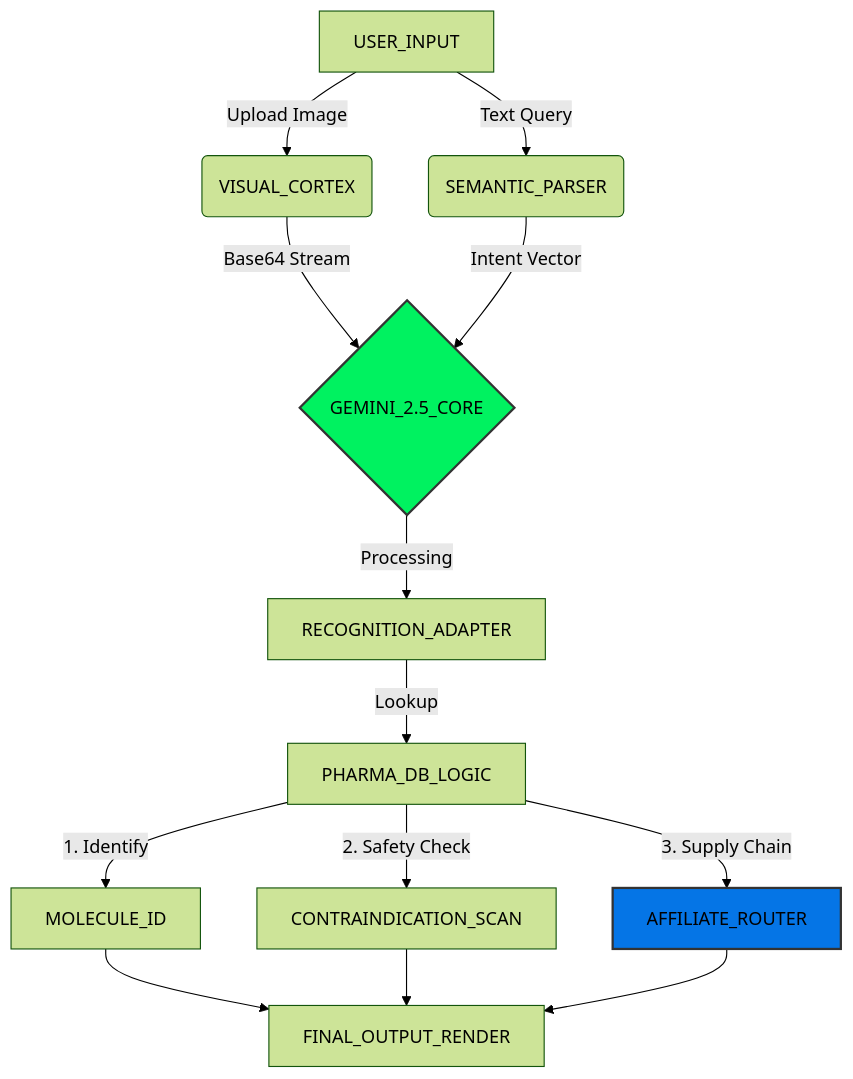
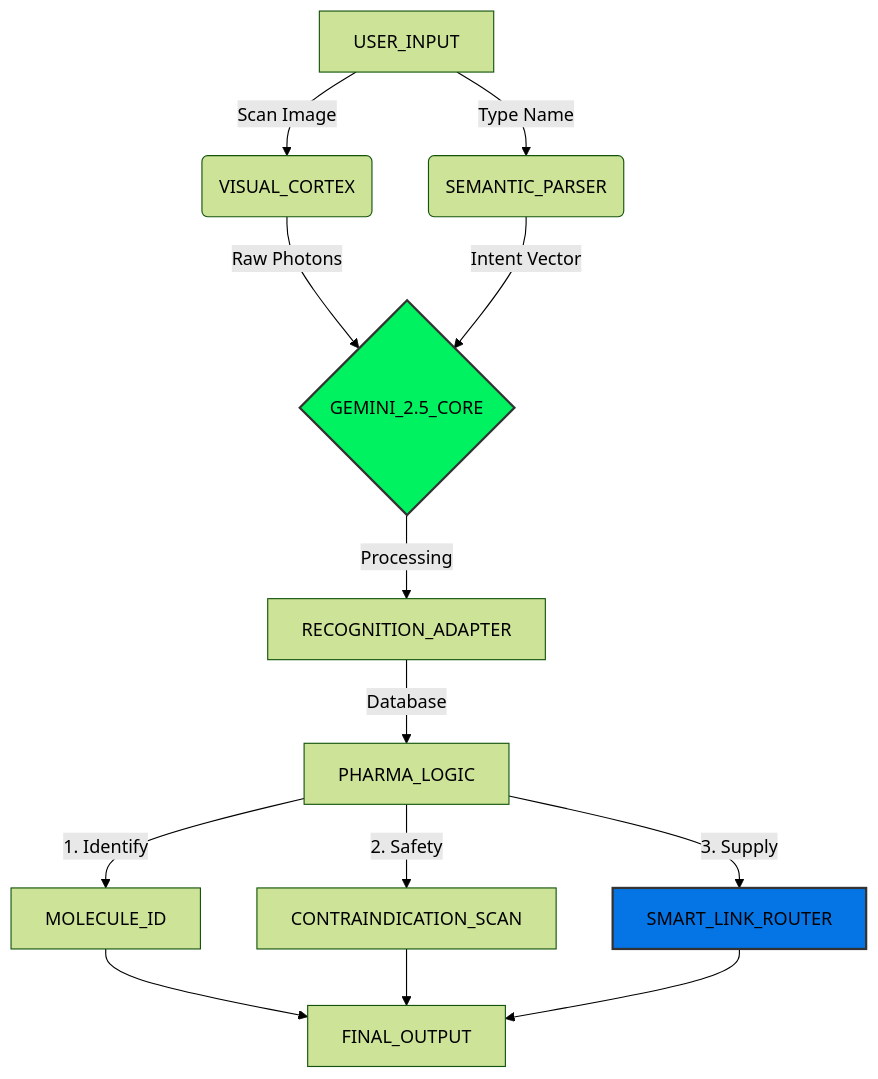
One commit to manishpatil55/drug-detect-plus changed the diagram in README.md. Above: the diagram before and after it, drawn with Mermaid (forest theme). The commit also changed other lines of this file, not shown here.

````diff
--- a/README.md
+++ b/README.md
@@ -28,22 +27,22 @@
 ```mermaid
 graph TD
-    A[USER_INPUT] -->|Upload Image| B(VISUAL_CORTEX)
-    A -->|Text Query| C(SEMANTIC_PARSER)
+    A[USER_INPUT] -->|Scan Image| B(VISUAL_CORTEX)
+    A -->|Type Name| C(SEMANTIC_PARSER)
     
-    B -->|Base64 Stream| D{GEMINI_2.5_CORE}
+    B -->|Raw Photons| D{GEMINI_2.5_CORE}
     C -->|Intent Vector| D
     
     D -->|Processing| E[RECOGNITION_ADAPTER]
-    E -->|Lookup| F[PHARMA_DB_LOGIC]
+    E -->|Database| F[PHARMA_LOGIC]
     
     F -->|1. Identify| G[MOLECULE_ID]
-    F -->|2. Safety Check| H[CONTRAINDICATION_SCAN]
-    F -->|3. Supply Chain| I[AFFILIATE_ROUTER]
+    F -->|2. Safety| H[CONTRAINDICATION_SCAN]
+    F -->|3. Supply| I[SMART_LINK_ROUTER]
     
-    G --> J[FINAL_OUTPUT_RENDER]
+    G --> J[FINAL_OUTPUT]
     H --> J
     I --> J
     
     style D fill:#00f260,stroke:#333,stroke-width:2px,color:black
     style I fill:#0575E6,stroke:#333,stroke-width:2px
 ```
````
